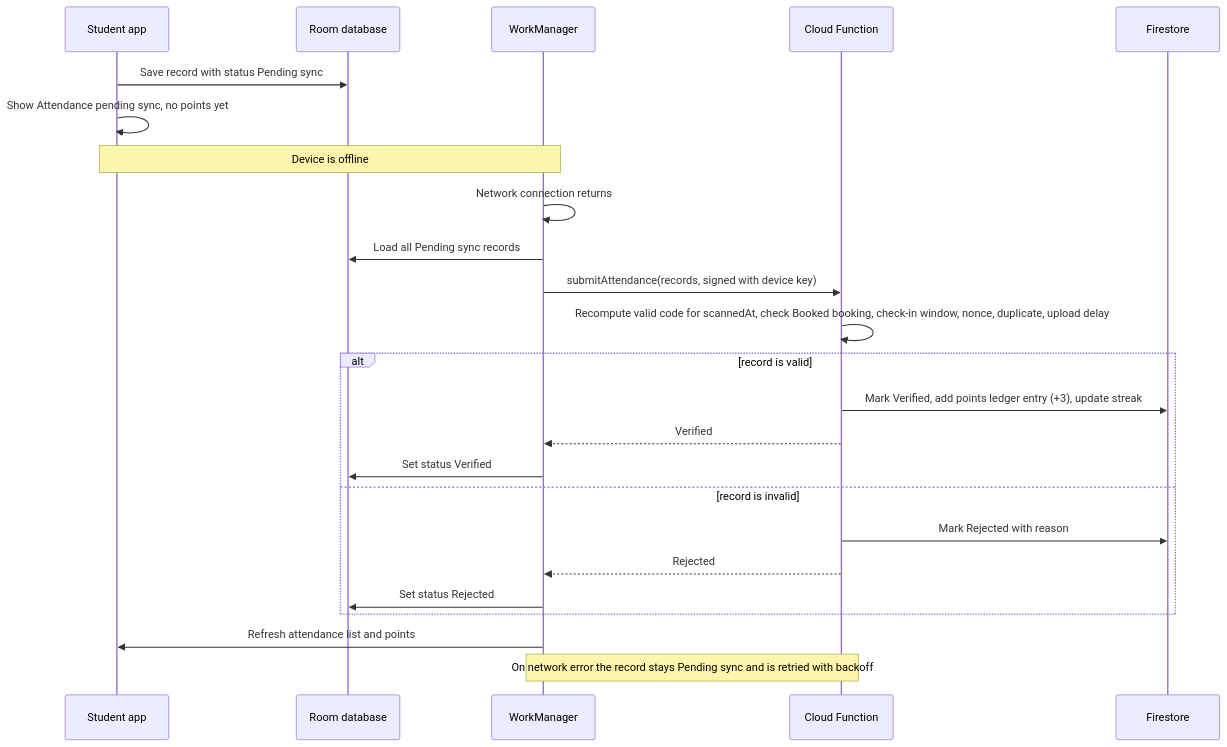
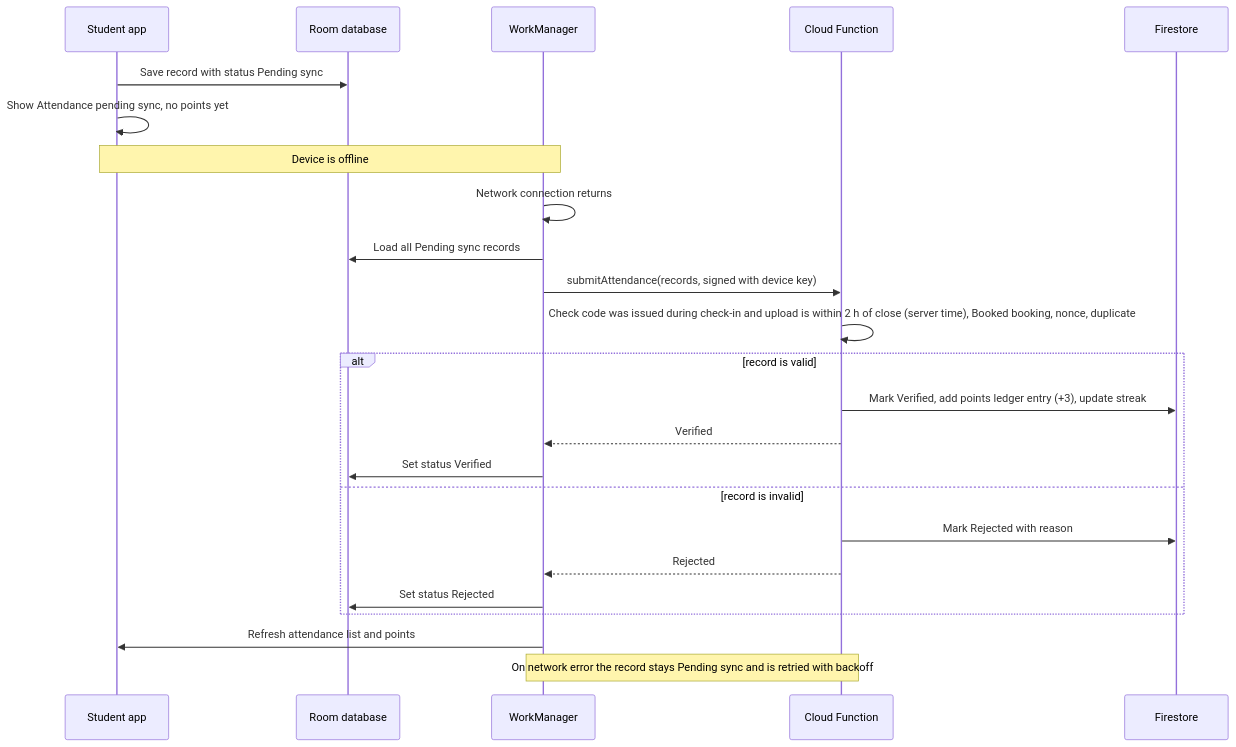
Before and after one commit to k31k1w0n9/Group-M-sCPD-Tracker: the ninth of 9 diagrams in README.md, drawn with Mermaid. The commit also changed other lines of this file, not shown here.

````diff
--- a/README.md
+++ b/README.md
@@ -553,26 +583,26 @@
 ```mermaid
 sequenceDiagram
   participant S as Student app
   participant R as Room database
   participant W as WorkManager
   participant F as Cloud Function
   participant DB as Firestore
   S->>R: Save record with status Pending sync
   S->>S: Show Attendance pending sync, no points yet
   Note over S,W: Device is offline
   W->>W: Network connection returns
   W->>R: Load all Pending sync records
   W->>F: submitAttendance(records, signed with device key)
-  F->>F: Recompute valid code for scannedAt, check Booked booking, check-in window, nonce, duplicate, upload delay
+  F->>F: Check code was issued during check-in and upload is within 2 h of close (server time), Booked booking, nonce, duplicate
   alt record is valid
     F->>DB: Mark Verified, add points ledger entry (+3), update streak
     F-->>W: Verified
     W->>R: Set status Verified
   else record is invalid
     F->>DB: Mark Rejected with reason
     F-->>W: Rejected
     W->>R: Set status Rejected
   end
   W->>S: Refresh attendance list and points
   Note over W,F: On network error the record stays Pending sync and is retried with backoff
 ```
````
